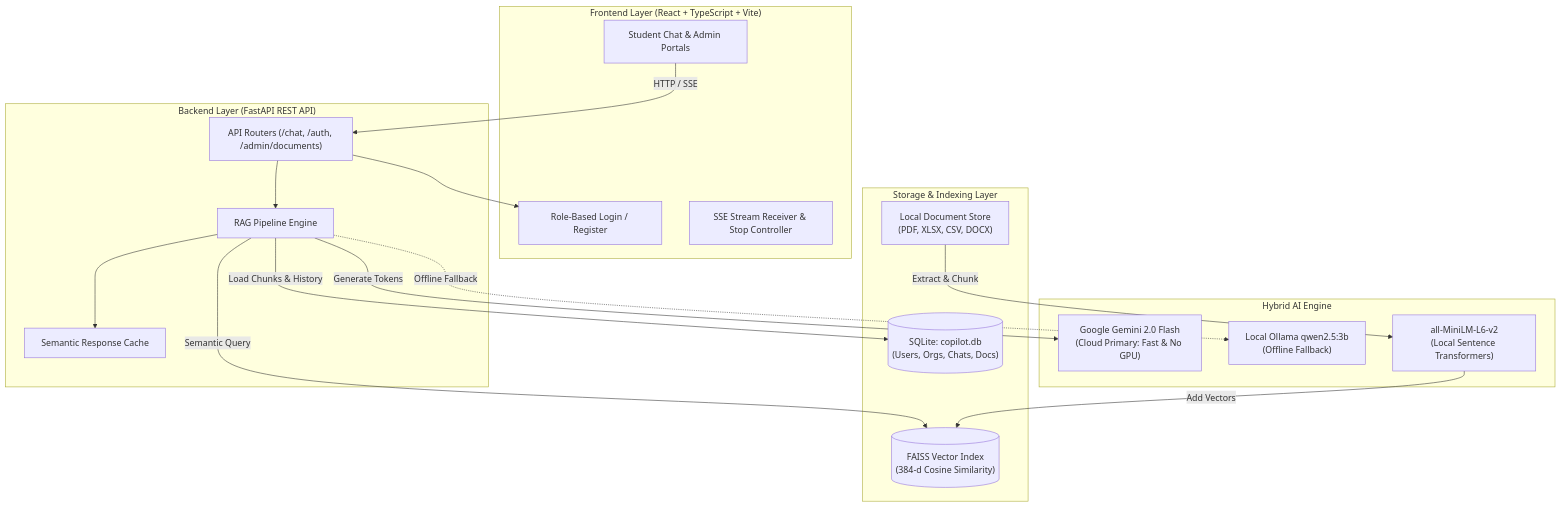
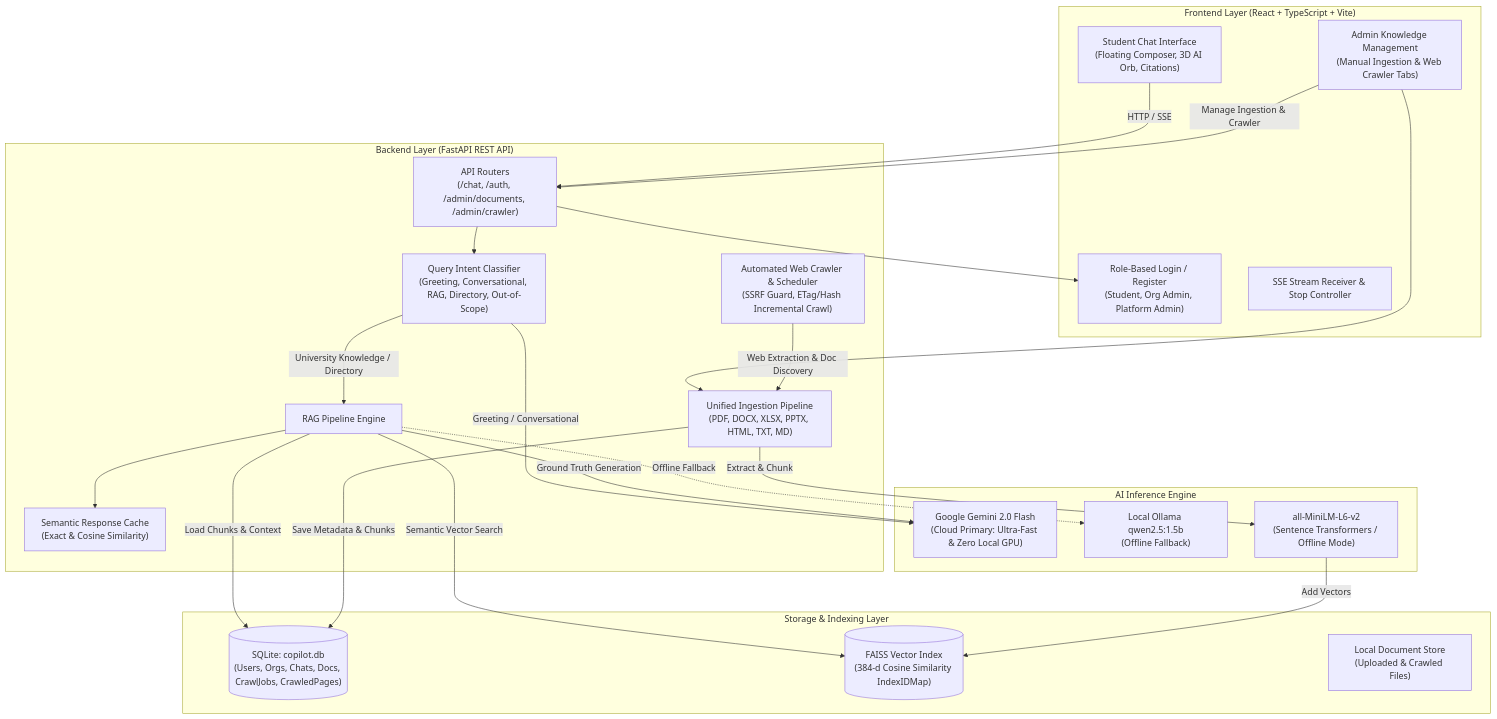
The first of 2 diagrams in PROJECT_SUMMARY_AND_ROADMAP.md (dheerendrapratapsingh/AI-Powered-Enterprise-Knowledge-Assistance-Platform), drawn with Mermaid before and after one commit. The commit also changed other lines of this file and 4 other files, not shown here.

Commit message:
feat: complete automated deep crawl of vitap.ac.in, Next.js RSC link discovery, and RAG vector indexing

````diff
--- a/PROJECT_SUMMARY_AND_ROADMAP.md
+++ b/PROJECT_SUMMARY_AND_ROADMAP.md
@@ -21,37 +23,50 @@
 ```mermaid
 flowchart TD
     subgraph Client["Frontend Layer (React + TypeScript + Vite)"]
-        UI["Student Chat & Admin Portals"]
-        AuthUI["Role-Based Login / Register"]
+        UI["Student Chat Interface\n(Floating Composer, 3D AI Orb, Citations)"]
+        AdminUI["Admin Knowledge Management\n(Manual Ingestion & Web Crawler Tabs)"]
+        AuthUI["Role-Based Login / Register\n(Student, Org Admin, Platform Admin)"]
         StreamHandler["SSE Stream Receiver & Stop Controller"]
     end
 
     subgraph Server["Backend Layer (FastAPI REST API)"]
-        Router["API Routers (/chat, /auth, /admin/documents)"]
+        Router["API Routers\n(/chat, /auth, /admin/documents, /admin/crawler)"]
+        IntentRouter["Query Intent Classifier\n(Greeting, Conversational, RAG, Directory, Out-of-Scope)"]
         RAG["RAG Pipeline Engine"]
-        Cache["Semantic Response Cache"]
+        Cache["Semantic Response Cache\n(Exact & Cosine Similarity)"]
+        CrawlerService["Automated Web Crawler & Scheduler\n(SSRF Guard, ETag/Hash Incremental Crawl)"]
+        IngestionService["Unified Ingestion Pipeline\n(PDF, DOCX, XLSX, PPTX, HTML, TXT, MD)"]
     end
 
     subgraph Storage["Storage & Indexing Layer"]
-        DB[("SQLite: copilot.db\n(Users, Orgs, Chats, Docs)")]
-        FAISS[("FAISS Vector Index\n(384-d Cosine Similarity)")]
-        DocStore["Local Document Store\n(PDF, XLSX, CSV, DOCX)"]
+        DB[("SQLite: copilot.db\n(Users, Orgs, Chats, Docs, CrawlJobs, CrawledPages)")]
+        FAISS[("FAISS Vector Index\n(384-d Cosine Similarity IndexIDMap)")]
+        DocStore["Local Document Store\n(Uploaded & Crawled Files)"]
     end
 
-    subgraph AI["Hybrid AI Engine"]
-        Gemini["Google Gemini 2.0 Flash\n(Cloud Primary: Fast & No GPU)"]
-        Ollama["Local Ollama qwen2.5:3b\n(Offline Fallback)"]
-        Embedder["all-MiniLM-L6-v2\n(Local Sentence Transformers)"]
+    subgraph AI["AI Inference Engine"]
+        Gemini["Google Gemini 2.0 Flash\n(Cloud Primary: Ultra-Fast & Zero Local GPU)"]
+        Ollama["Local Ollama qwen2.5:1.5b\n(Offline Fallback)"]
+        Embedder["all-MiniLM-L6-v2\n(Sentence Transformers / Offline Mode)"]
     end
 
     UI -->|HTTP / SSE| Router
+    AdminUI -->|Manage Ingestion & Crawler| Router
     Router --> AuthUI
-    Router --> RAG
+    Router --> IntentRouter
+    
+    IntentRouter -->|Greeting / Conversational| Gemini
+    IntentRouter -->|University Knowledge / Directory| RAG
+    
     RAG --> Cache
-    RAG -->|Semantic Query| FAISS
-    RAG -->|Load Chunks & History| DB
-    RAG -->|Generate Tokens| Gemini
+    RAG -->|Semantic Vector Search| FAISS
+    RAG -->|Load Chunks & Context| DB
+    RAG -->|Ground Truth Generation| Gemini
     RAG -.->|Offline Fallback| Ollama
-    DocStore -->|Extract & Chunk| Embedder
+    
+    AdminUI --> IngestionService
+    CrawlerService -->|Web Extraction & Doc Discovery| IngestionService
+    IngestionService -->|Extract & Chunk| Embedder
     Embedder -->|Add Vectors| FAISS
+    IngestionService -->|Save Metadata & Chunks| DB
 ```
````
